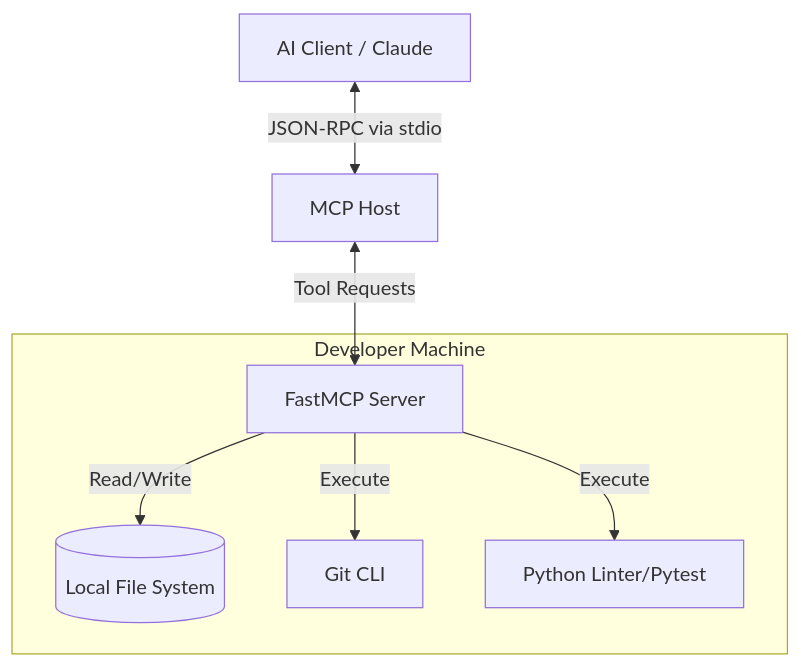
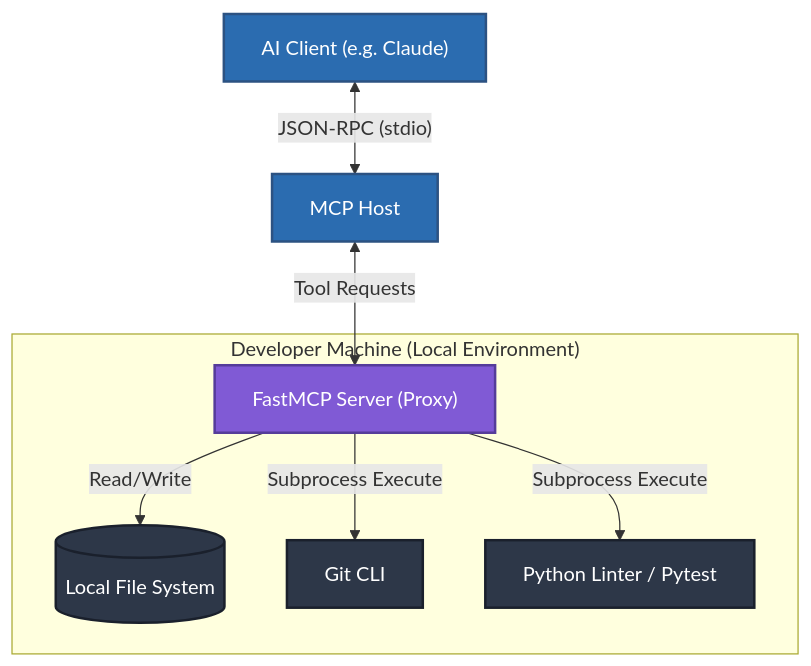
The diagram in projects/ai-dev-assistant/README.md (FirdowsRahaman/mcp-masterclass), drawn with Mermaid before and after one commit. The commit also changed other lines of this file and 37 other files, not shown here.

````diff
--- a/projects/ai-dev-assistant/README.md
+++ b/projects/ai-dev-assistant/README.md
@@ -10,11 +14,15 @@
 ```mermaid
 graph TD
-    Client[AI Client / Claude] <-->|JSON-RPC via stdio| Host[MCP Host]
-    Host <-->|Tool Requests| MCPServer[FastMCP Server]
-    
-    subgraph Developer Machine
-    MCPServer -->|Read/Write| FS[(Local File System)]
-    MCPServer -->|Execute| Git[Git CLI]
-    MCPServer -->|Execute| Linter[Python Linter/Pytest]
+    classDef external fill:#2b6cb0,stroke:#2c5282,stroke-width:2px,color:#fff
+    classDef proxy fill:#805ad5,stroke:#553c9a,stroke-width:2px,color:#fff
+    classDef local fill:#2d3748,stroke:#1a202c,stroke-width:2px,color:#fff
+
+    C["AI Client (e.g. Claude)"]:::external <-->|"JSON-RPC (stdio)"| H["MCP Host"]:::external
+    H <-->|"Tool Requests"| S["FastMCP Server (Proxy)"]:::proxy
+
+    subgraph OS["Developer Machine (Local Environment)"]
+        S -->|"Read/Write"| FS[("Local File System")]:::local
+        S -->|"Subprocess Execute"| Git["Git CLI"]:::local
+        S -->|"Subprocess Execute"| Linter["Python Linter / Pytest"]:::local
     end
 ```
````
